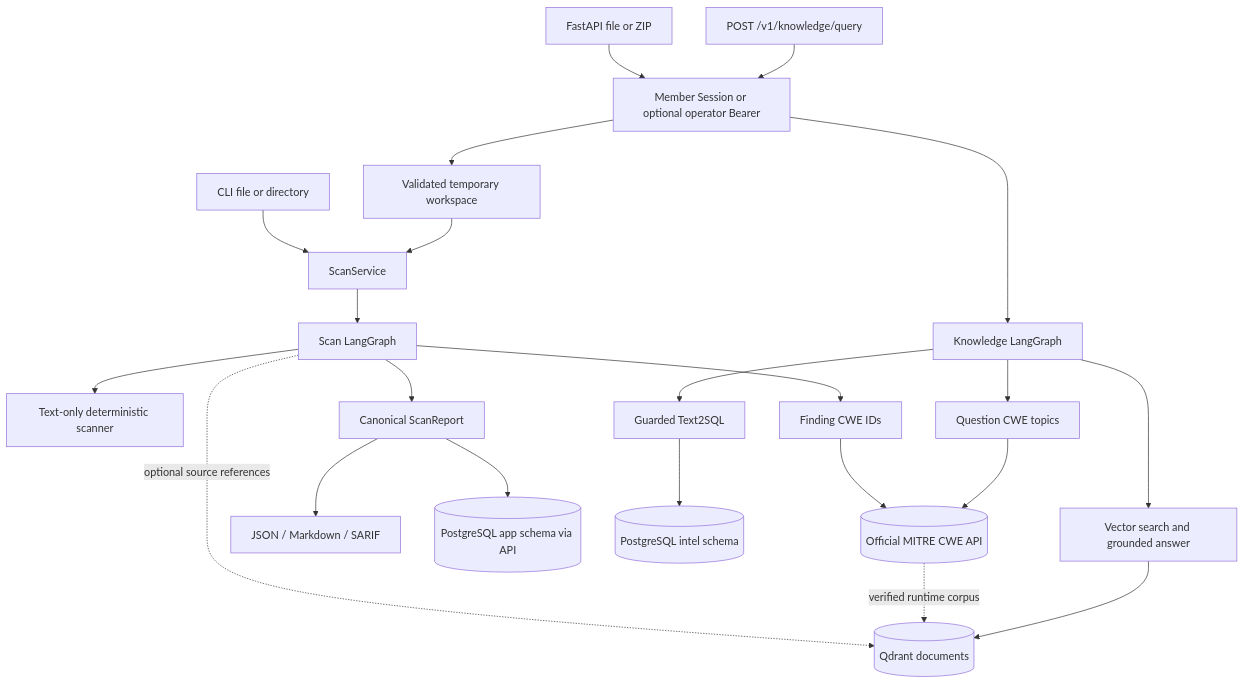
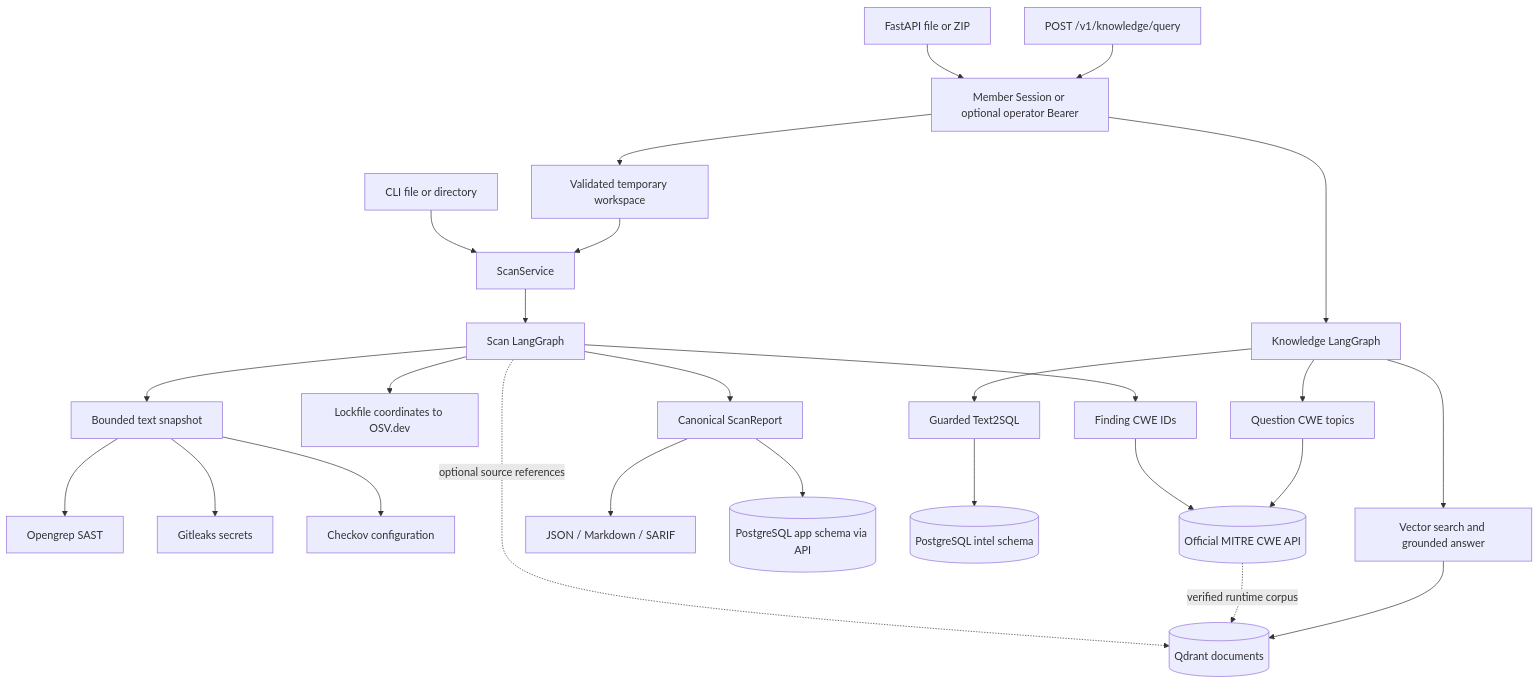
The diagram in docs/architecture.md (taehyeon-git/SecRAGraph), drawn with Mermaid before and after one commit. The commit also changed other lines of this file and 187 other files, not shown here.

````diff
--- a/docs/architecture.md
+++ b/docs/architecture.md
@@ -7,24 +7,28 @@
 ```mermaid
 flowchart TB
   FILE[CLI file or directory] --> SCAN[ScanService]
   UPLOAD[FastAPI file or ZIP] --> AUTH[Member Session or optional operator Bearer]
   AUTH --> TEMP[Validated temporary workspace]
   TEMP --> SCAN
   SCAN --> SGRAPH[Scan LangGraph]
-  SGRAPH --> DET[Text-only deterministic scanner]
+  SGRAPH --> SNAP[Bounded text snapshot]
+  SNAP --> SAST[Opengrep SAST]
+  SNAP --> SECRET[Gitleaks secrets]
+  SNAP --> CONFIG[Checkov configuration]
+  SGRAPH --> OSV[Lockfile coordinates to OSV.dev]
   SGRAPH --> CWE[Finding CWE IDs]
   CWE --> MITRE[(Official MITRE CWE API)]
   SGRAPH -. optional source references .-> QDRANT[(Qdrant documents)]
   SGRAPH --> CANON[Canonical ScanReport]
   CANON --> FORMATS[JSON / Markdown / SARIF]
   CANON --> APPDB[(PostgreSQL app schema via API)]
   QUESTION[POST /v1/knowledge/query] --> AUTH
   AUTH --> KGRAPH[Knowledge LangGraph]
   KGRAPH --> SQL[Guarded Text2SQL]
   SQL --> INTEL[(PostgreSQL intel schema)]
   KGRAPH --> VEC[Vector search and grounded answer]
   KGRAPH --> TOPICS[Question CWE topics]
   TOPICS --> MITRE
   MITRE -. verified runtime corpus .-> QDRANT
   VEC --> QDRANT
 ```
````
